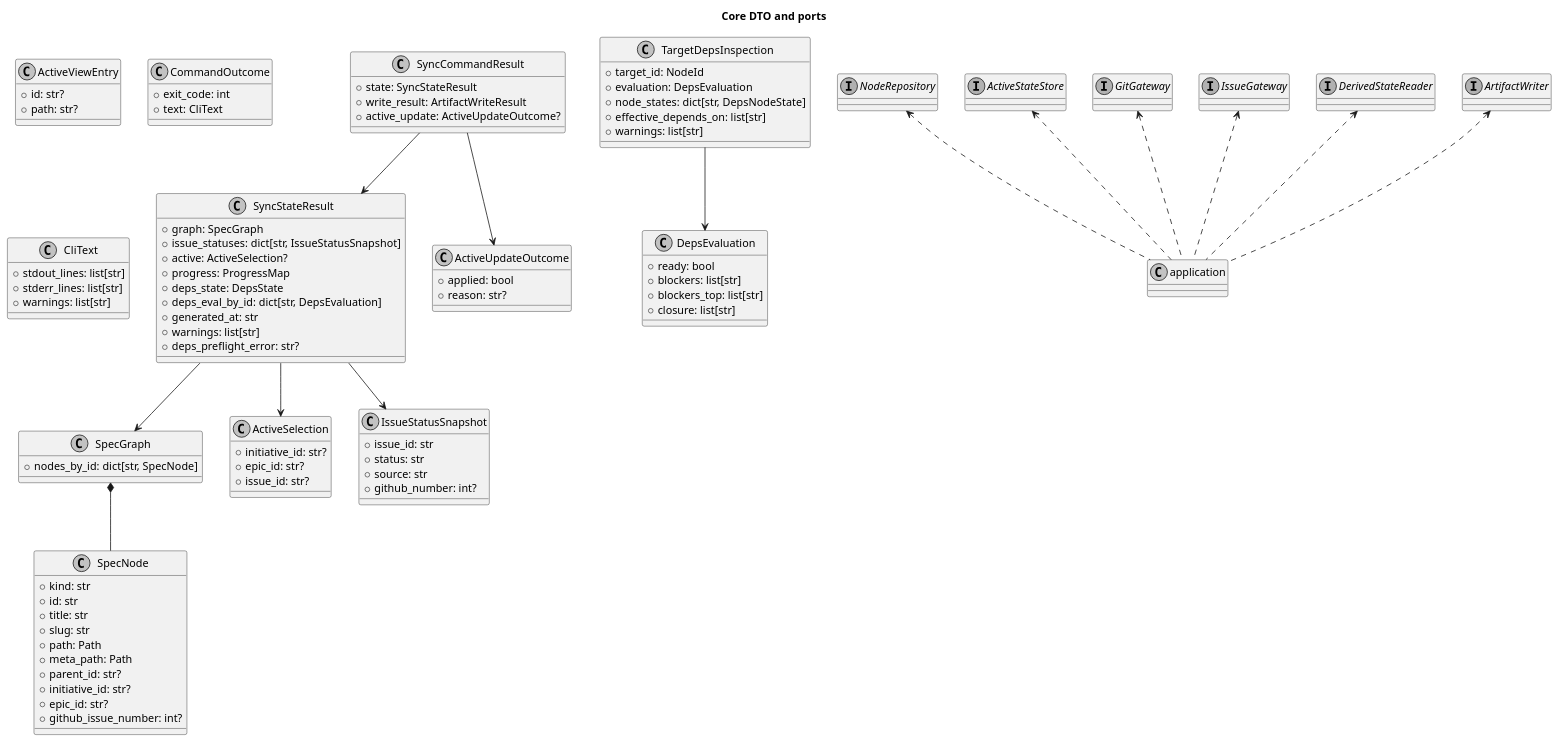
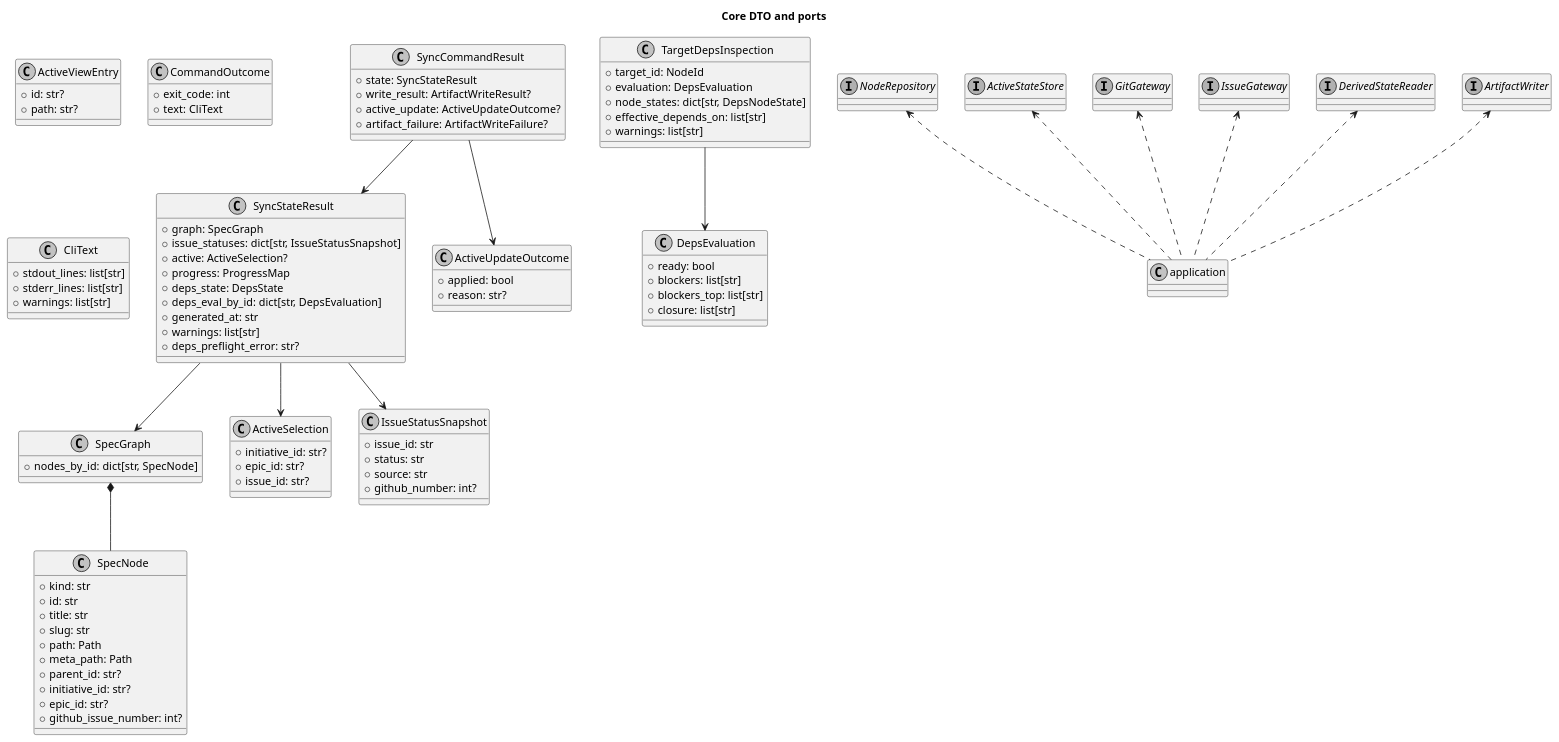
Before and after one commit to chemitaro/spec-dock: the second of 6 diagrams in spec-deps/current/design.md, drawn with PlantUML. The commit also changed other lines of this file and 1 other file, not shown here.

```diff
--- a/spec-deps/current/design.md
+++ b/spec-deps/current/design.md
@@ -1061,8 +1075,9 @@
 
 class SyncCommandResult {
   +state: SyncStateResult
-  +write_result: ArtifactWriteResult
+  +write_result: ArtifactWriteResult?
   +active_update: ActiveUpdateOutcome?
+  +artifact_failure: ArtifactWriteFailure?
 }
 
 class ActiveUpdateOutcome {
```
